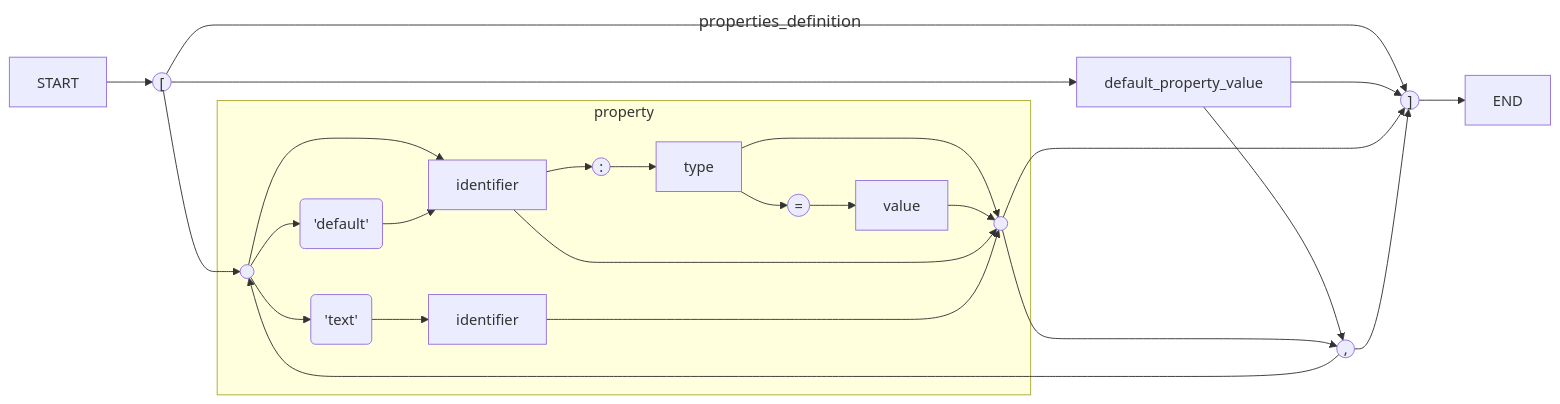
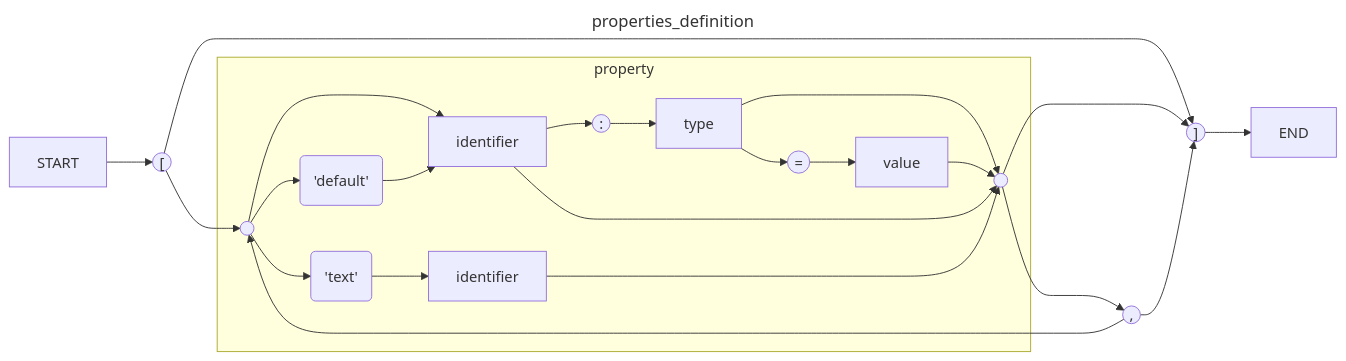
One commit to rchuk/markerml changed the seventh of 14 diagrams in README.md. Above: the diagram before and after it, drawn with Mermaid. The commit also changed other lines of this file, not shown here.

````diff
--- a/README.md
+++ b/README.md
@@ -357,61 +360,55 @@
 ```mermaid
 ---
 title: properties_definition
 ---
 graph LR;
     START:::hidden
     END:::hidden
     
     open(("["))
     close(("]"))
     comma((","))
-    default_property_value
     subgraph property 
         property_start(( ))
         property_end(( ))
         
         default_keyword('default')
         text_keyword('text')
         identifier
         text_identifier[identifier]
         colon((":"))
         type
         equals(("="))
         value
     end
 
     %% open
     START --> open
     open --> property_start
-    open --> default_property_value
     open --> close
-    
-    %% default property value
-    default_property_value --> close
-    default_property_value --> comma
     
     %% property
     property_start --> default_keyword
     property_start --> identifier
     property_start --> text_keyword
     default_keyword --> identifier
     identifier --> colon
     colon --> type
     type --> equals
     type --> property_end
     equals --> value
     value --> property_end
     identifier --> property_end
     property_end ---> comma
     property_end --> close
     
     text_keyword --> text_identifier
     text_identifier ------> property_end
     
     %% repeat
     comma --> close
     comma --> property_start
    
     %% close
     close --> END
 ```
````
